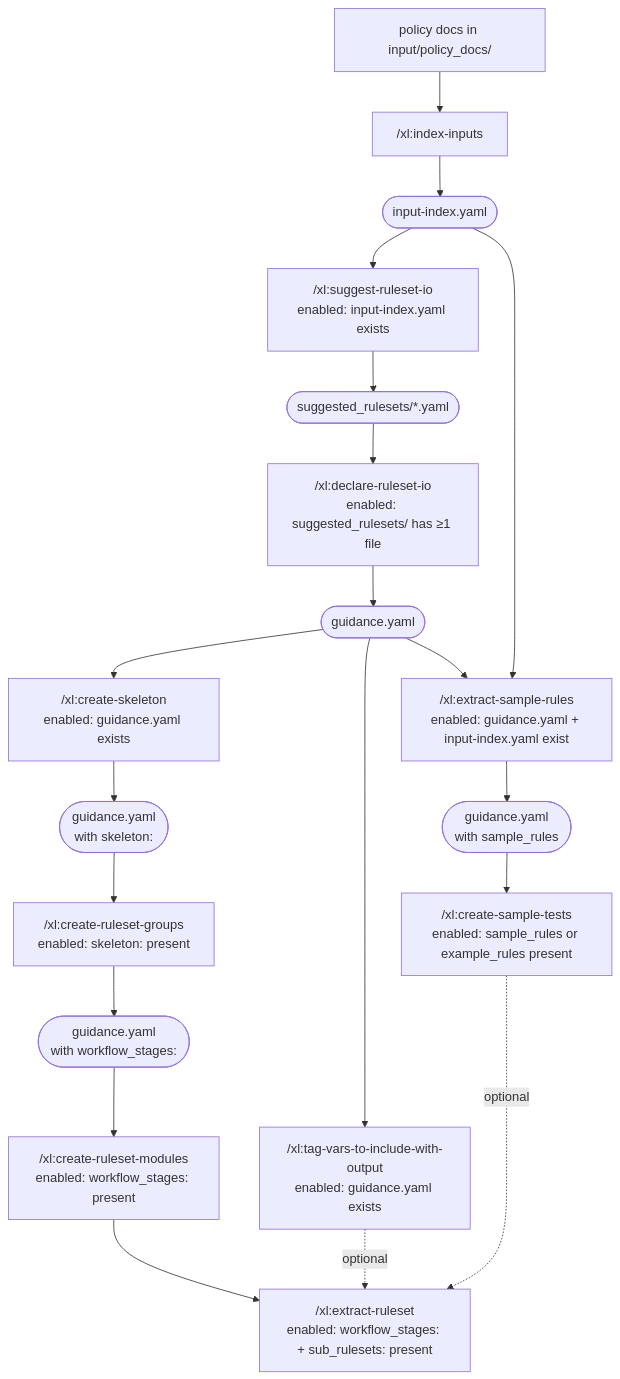
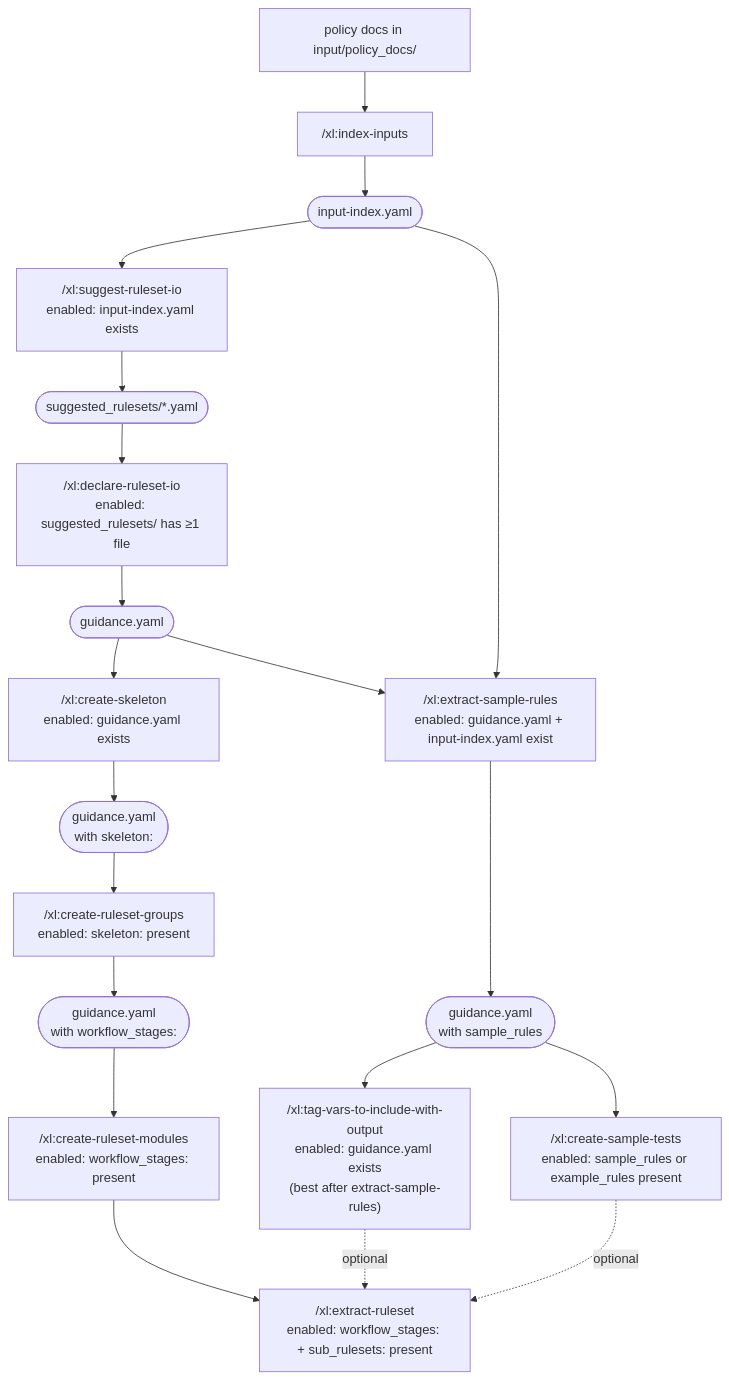
The diagram in xl-plugin/CLAUDE.md (navapbc/lockpicks-xlator-plugin), drawn with Mermaid before and after one commit. The commit also changed other lines of this file and 1 other file, not shown here.

First line of the commit message:
fix(xl-plugin): run tag-vars after extract-sample-rules for better detection

````diff
--- a/xl-plugin/CLAUDE.md
+++ b/xl-plugin/CLAUDE.md
@@ -47,39 +47,39 @@
 ```mermaid
 flowchart TD
     DOCS["policy docs in input/policy_docs/"]
     IDX_CMD["/xl:index-inputs"]
     IDX(["input-index.yaml"])
 
     DOCS --> IDX_CMD --> IDX
 
     SUG["/xl:suggest-ruleset-io\nenabled: input-index.yaml exists"]
     SUG_F(["suggested_rulesets/*.yaml"])
     DECL["/xl:declare-ruleset-io\nenabled: suggested_rulesets/ has ≥1 file"]
     GY(["guidance.yaml"])
 
     IDX --> SUG --> SUG_F --> DECL --> GY
 
     SKEL["/xl:create-skeleton\nenabled: guidance.yaml exists"]
     GY_SKEL(["guidance.yaml\nwith skeleton:"])
     GROUPS["/xl:create-ruleset-groups\nenabled: skeleton: present"]
     GY_GROUPS(["guidance.yaml\nwith workflow_stages:"])
     MODS["/xl:create-ruleset-modules\nenabled: workflow_stages: present"]
 
     GY --> SKEL --> GY_SKEL --> GROUPS --> GY_GROUPS --> MODS
 
-    TAGVARS["/xl:tag-vars-to-include-with-output\nenabled: guidance.yaml exists"]
     SAMPLERULES["/xl:extract-sample-rules\nenabled: guidance.yaml + input-index.yaml exist"]
     GY_RULES(["guidance.yaml\nwith sample_rules"])
+    TAGVARS["/xl:tag-vars-to-include-with-output\nenabled: guidance.yaml exists\n(best after extract-sample-rules)"]
     SAMPLETESTS["/xl:create-sample-tests\nenabled: sample_rules or example_rules present"]
 
-    GY --> TAGVARS
     GY --> SAMPLERULES
     IDX --> SAMPLERULES
-    SAMPLERULES --> GY_RULES --> SAMPLETESTS
+    SAMPLERULES --> GY_RULES --> TAGVARS
+    GY_RULES --> SAMPLETESTS
 
     EXTRACT["/xl:extract-ruleset\nenabled: workflow_stages: + sub_rulesets: present"]
 
     MODS --> EXTRACT
     TAGVARS -.->|"optional"| EXTRACT
     SAMPLETESTS -.->|"optional"| EXTRACT
 ```
````
